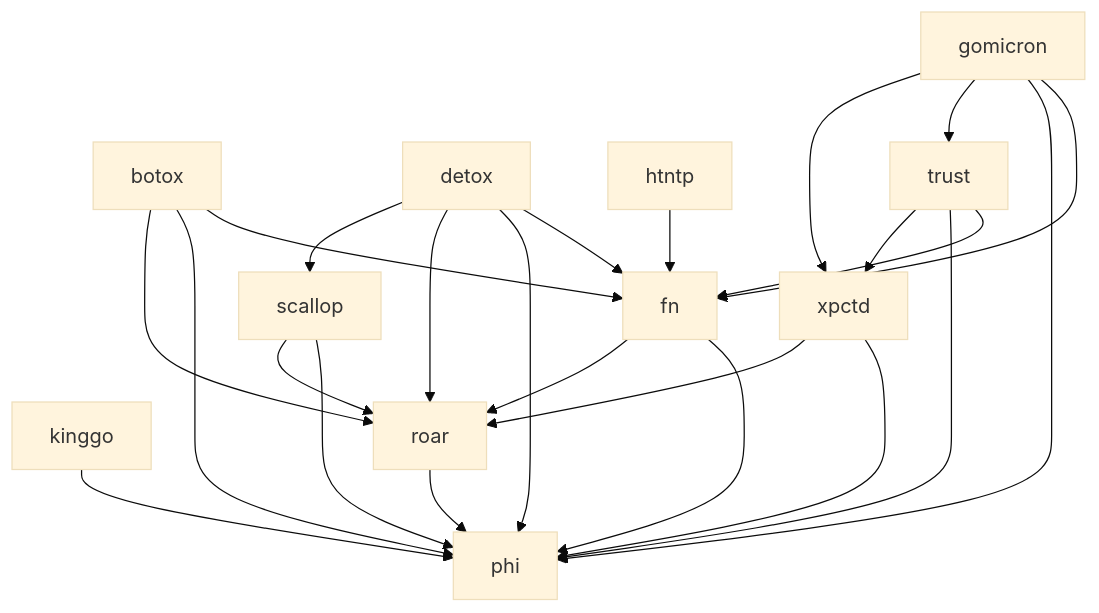
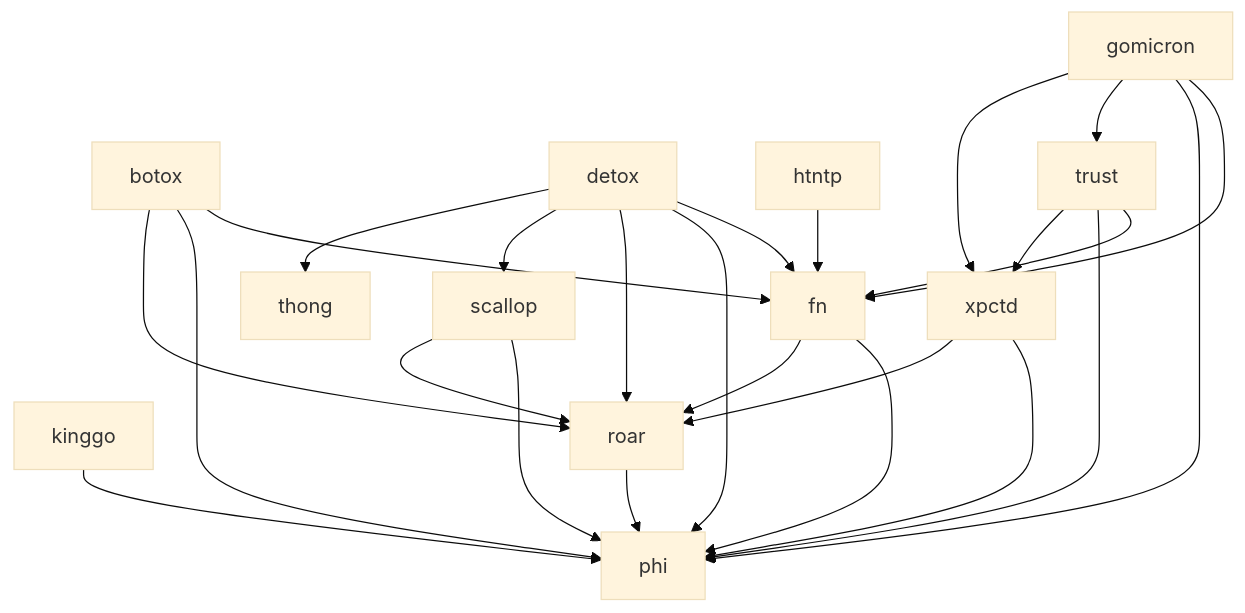
One commit to SamuelCabralCruz/going changed the diagram in README.md. Above: the diagram before and after it, drawn with Mermaid (base theme). The commit also changed other lines of this file and 14 other files, not shown here.

````diff
--- a/README.md
+++ b/README.md
@@ -56,68 +52,72 @@
 ```mermaid
 graph TB
 ;
     BOTOX[botox];
     DETOX[detox];
     FN[fn];
     GOMICRON[gomicron];
     HTNTP[htntp];
     KINGGO[kinggo];
     PHI[phi];
     ROAR[roar];
     SCALLOP[scallop];
+    THONG[thong];
     TRUST[trust];
     XPCTD[xpctd];
 
 %%    BOTOX -.-> KINGGO;
 %%    DETOX -.-> KINGGO;
 %%    FN -.-> KINGGO;
 %%    HTNTP -.-> KINGGO;
 %%    PHI -.-> KINGGO;
 %%    ROAR -.-> KINGGO;
 %%    SCALLOP -.-> KINGGO;
+%%    THONG -.-> KINGGO;
 %%    TRUST -.-> KINGGO;
 %%    XPCTD -.-> KINGGO;
 
 %%    BOTOX -.-> GOMICRON;
 %%    DETOX -.-> GOMICRON;
 %%    FN -.-> GOMICRON;
 %%    HTNTP -.-> GOMICRON;
 %%    PHI -.-> GOMICRON;
 %%    ROAR -.-> GOMICRON;
 %%    SCALLOP -.-> GOMICRON;
+%%    THONG -.-> GOMICRON;
 %%    TRUST -.-> GOMICRON;
 %%    XPCTD -.-> GOMICRON;
 
     BOTOX --> FN;
     BOTOX --> PHI;
     BOTOX --> ROAR;
     
     DETOX --> FN;
     DETOX --> PHI;
     DETOX --> ROAR;
     DETOX --> SCALLOP;
+    DETOX --> THONG;
     
     FN --> PHI;
     FN --> ROAR;
 
     GOMICRON --> FN;
     GOMICRON --> PHI;
     GOMICRON --> TRUST;
     GOMICRON --> XPCTD;
     
     HTNTP --> FN;
 
     KINGGO --> PHI;
 
     ROAR --> PHI;
 
     SCALLOP --> PHI;
     SCALLOP --> ROAR;
     
     TRUST --> FN;
     TRUST --> PHI;
     TRUST --> XPCTD;
     
     XPCTD --> PHI;
     XPCTD --> ROAR;
 ```
````
